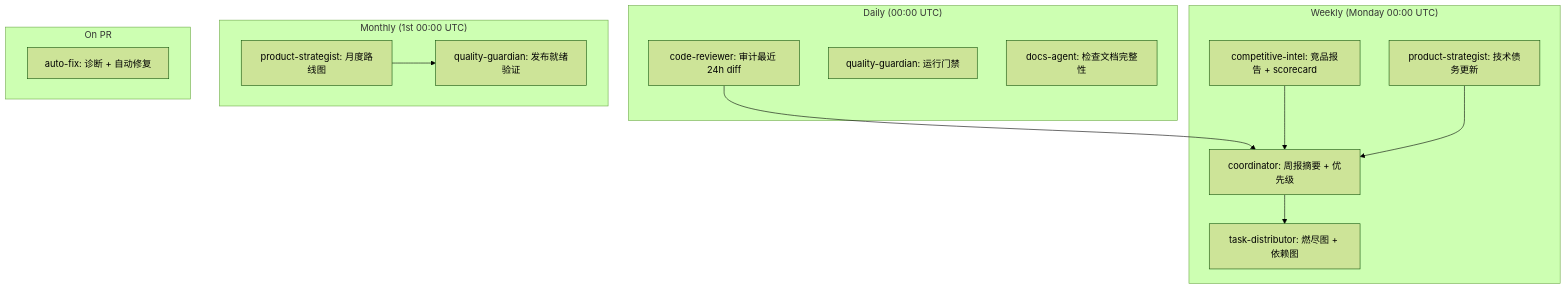
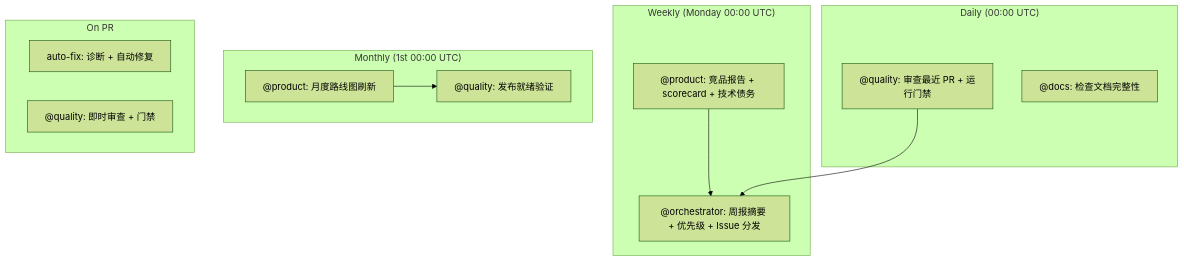
The diagram in AGENTS.md (HYNCM/gis-engine), drawn with Mermaid (forest theme) before and after one commit. The commit also changed other lines of this file and 1 other file, not shown here.

First line of the commit message:
refactor: upgrade multi-agent framework from 11 to 5 agents

````diff
--- a/AGENTS.md
+++ b/AGENTS.md
@@ -788,30 +595,26 @@
 ```mermaid
 flowchart TD
   subgraph Daily["Daily (00:00 UTC)"]
-    CR["code-reviewer: 审计最近 24h diff"]
-    QG["quality-guardian: 运行门禁"]
-    DA["docs-agent: 检查文档完整性"]
+    Q["@quality: 审查最近 PR + 运行门禁"]
+    D["@docs: 检查文档完整性"]
   end
 
   subgraph Weekly["Weekly (Monday 00:00 UTC)"]
-    CI["competitive-intel: 竞品报告 + scorecard"]
-    PS["product-strategist: 技术债务更新"]
-    CO["coordinator: 周报摘要 + 优先级"]
-    TD["task-distributor: 燃尽图 + 依赖图"]
+    P["@product: 竞品报告 + scorecard + 技术债务"]
+    O["@orchestrator: 周报摘要 + 优先级 + Issue 分发"]
   end
 
   subgraph Monthly["Monthly (1st 00:00 UTC)"]
-    MR["product-strategist: 月度路线图"]
-    RR["quality-guardian: 发布就绪验证"]
+    MR["@product: 月度路线图刷新"]
+    RR["@quality: 发布就绪验证"]
   end
 
   subgraph OnPR["On PR"]
     AF["auto-fix: 诊断 + 自动修复"]
+    PRQ["@quality: 即时审查 + 门禁"]
   end
 
-  CR --> CO
-  CI --> CO
-  PS --> CO
-  CO --> TD
+  P --> O
+  Q --> O
   MR --> RR
 ```
````
